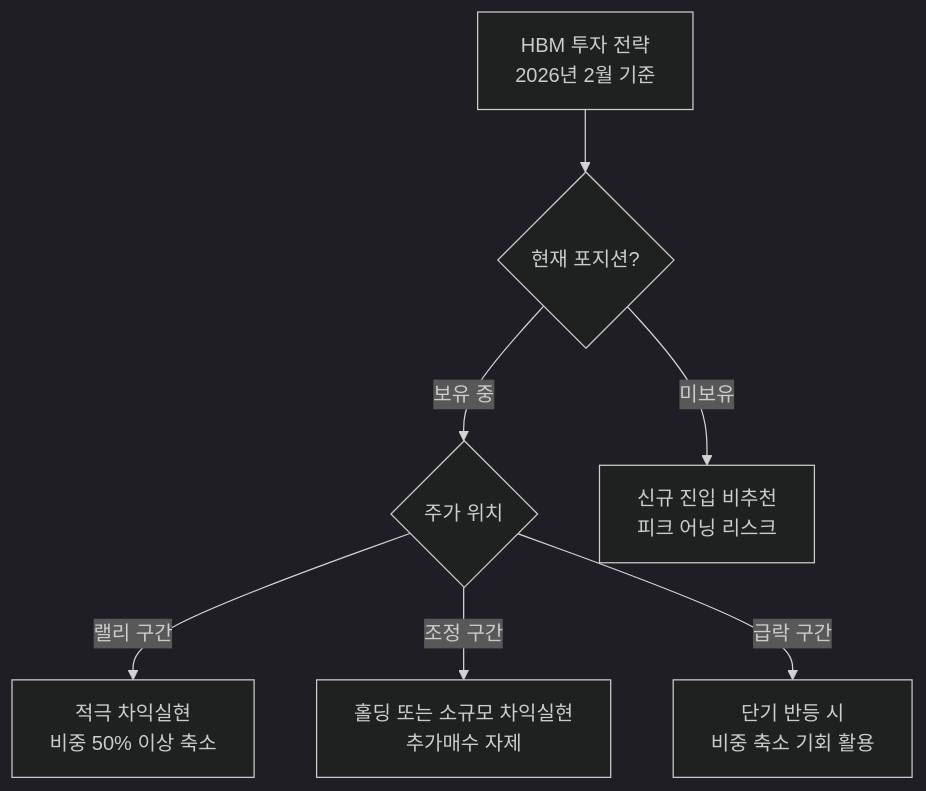
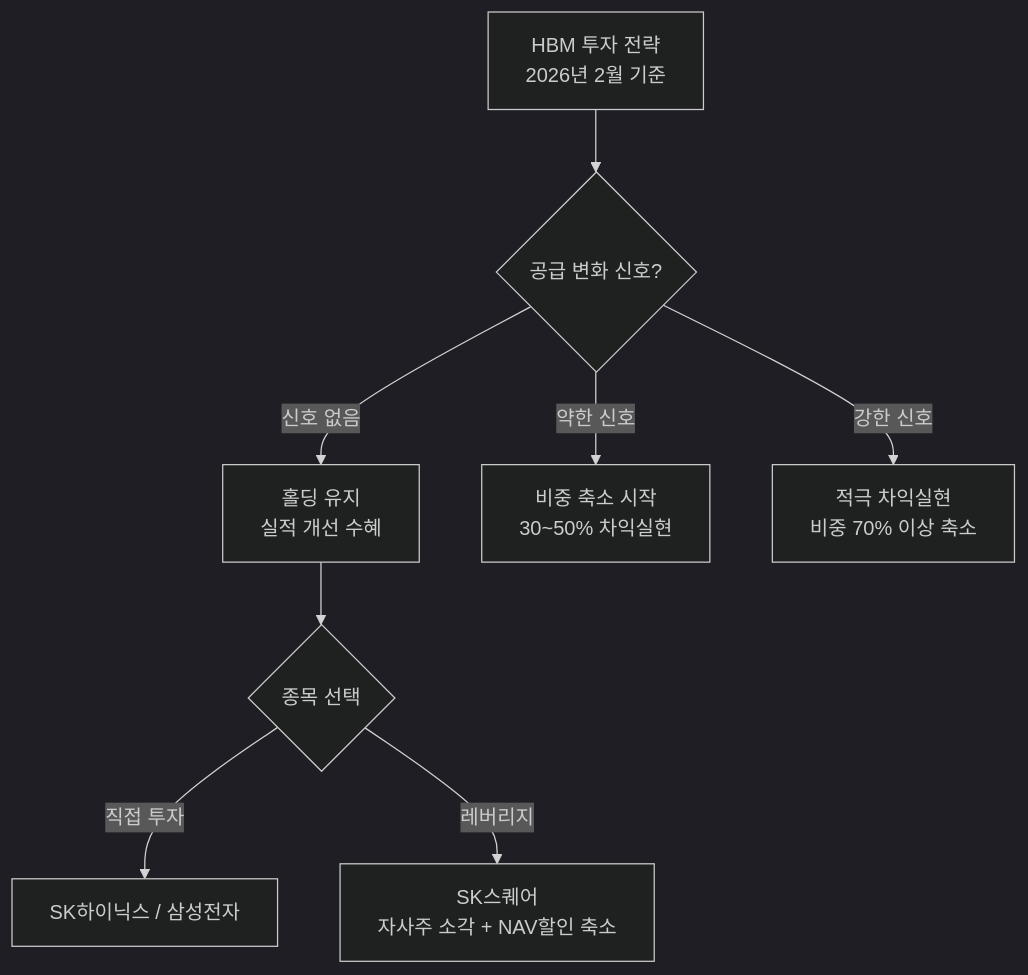
One commit to dss99911/dss99911.github.io changed the third of 3 diagrams in _posts/knowledge/invest/2026-01-21-hbm-sector-outlook-2026.md. Above: the diagram before and after it, drawn with Mermaid (dark theme). The commit also changed other lines of this file and 15 other files, not shown here.

````diff
--- a/_posts/knowledge/invest/2026-01-21-hbm-sector-outlook-2026.md
+++ b/_posts/knowledge/invest/2026-01-21-hbm-sector-outlook-2026.md
@@ -168,10 +269,11 @@
 ```mermaid
 flowchart TD
-    A[HBM 투자 전략<br/>2026년 2월 기준] --> B{현재 포지션?}
-    B -->|보유 중| C{주가 위치}
-    B -->|미보유| D[신규 진입 비추천<br/>피크 어닝 리스크]
+    A[HBM 투자 전략<br/>2026년 2월 기준] --> B{공급 변화 신호?}
+    B -->|신호 없음| C[홀딩 유지<br/>실적 개선 수혜]
+    B -->|약한 신호| D[비중 축소 시작<br/>30~50% 차익실현]
+    B -->|강한 신호| E[적극 차익실현<br/>비중 70% 이상 축소]
 
-    C -->|랠리 구간| E[적극 차익실현<br/>비중 50% 이상 축소]
-    C -->|조정 구간| F[홀딩 또는 소규모 차익실현<br/>추가매수 자제]
-    C -->|급락 구간| G[단기 반등 시<br/>비중 축소 기회 활용]
+    C --> F{종목 선택}
+    F -->|직접 투자| G[SK하이닉스 / 삼성전자]
+    F -->|레버리지| H[SK스퀘어<br/>자사주 소각 + NAV할인 축소]
 ```
````
